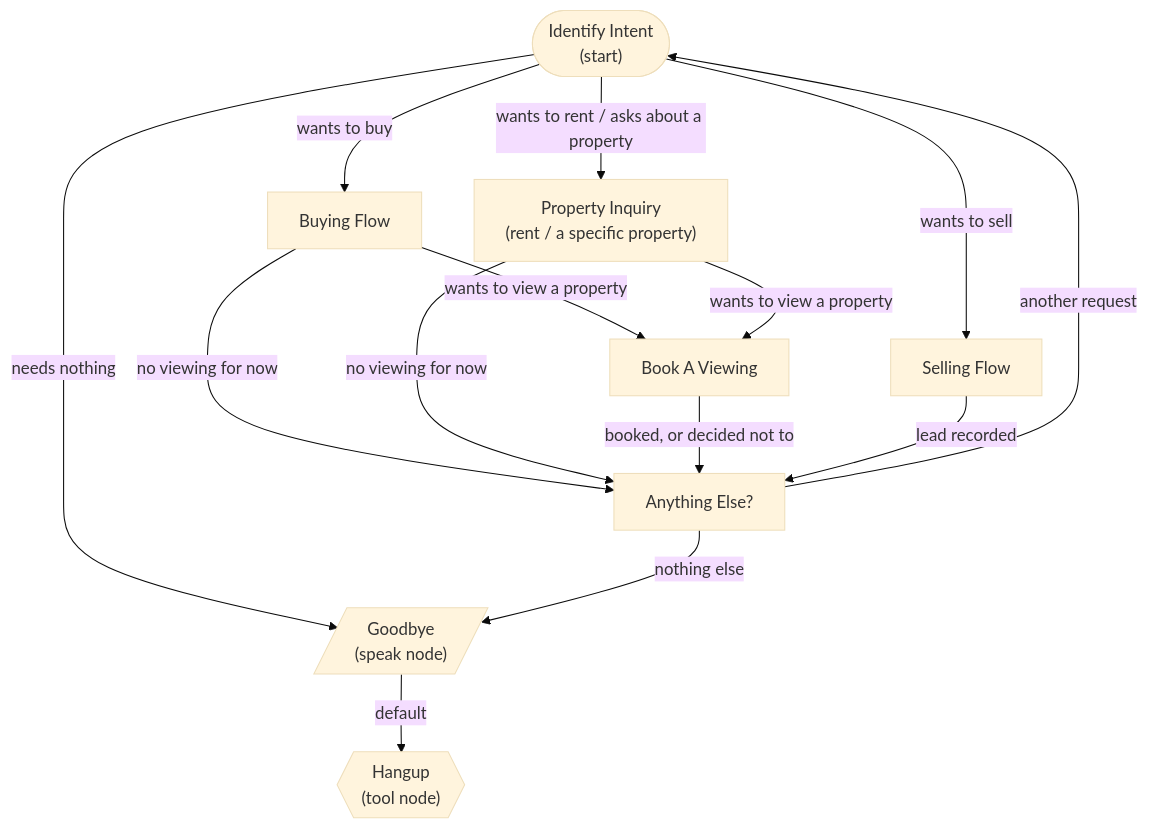
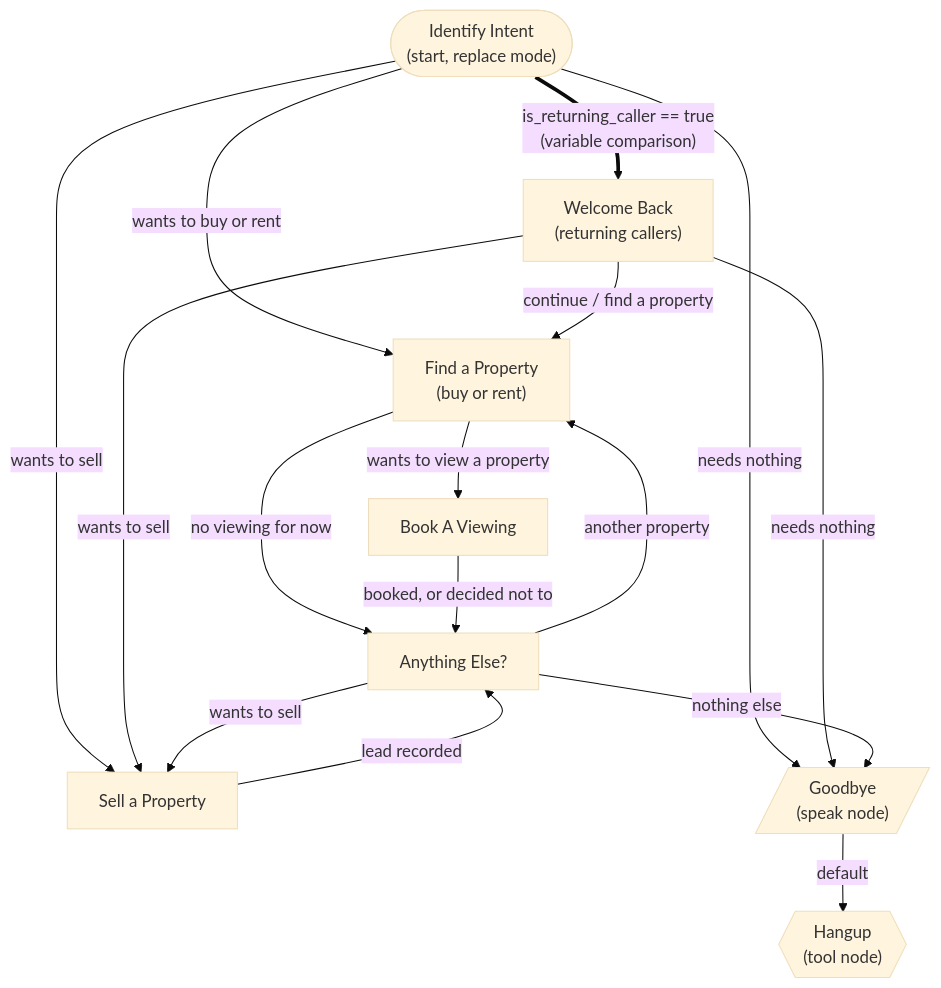
One commit to assoumaaa/telnyx-real-estate changed the third of 3 diagrams in README.md. Above: the diagram before and after it, drawn with Mermaid (base theme). The commit also changed other lines of this file, not shown here.

Commit message:
docs: README workflow diagram for the merged nodes and returning-caller routing

````diff
--- a/README.md
+++ b/README.md
@@ -97,25 +97,27 @@
 ```mermaid
 flowchart TD
-    start(["Identify Intent<br/>(start)"])
-    buy["Buying Flow"]
-    inquiry["Property Inquiry<br/>(rent / a specific property)"]
-    sell["Selling Flow"]
+    start(["Identify Intent<br/>(start, replace mode)"])
+    welcome["Welcome Back<br/>(returning callers)"]
+    find["Find a Property<br/>(buy or rent)"]
+    sell["Sell a Property"]
     book["Book A Viewing"]
     more["Anything Else?"]
     bye[/"Goodbye<br/>(speak node)"/]
     hang{{"Hangup<br/>(tool node)"}}
 
-    start -- "wants to buy" --> buy
-    start -- "wants to rent / asks about a property" --> inquiry
+    start == "is_returning_caller == true<br/>(variable comparison)" ==> welcome
+    start -- "wants to buy or rent" --> find
     start -- "wants to sell" --> sell
     start -- "needs nothing" --> bye
-    buy -- "wants to view a property" --> book
-    inquiry -- "wants to view a property" --> book
-    buy -- "no viewing for now" --> more
-    inquiry -- "no viewing for now" --> more
+    welcome -- "continue / find a property" --> find
+    welcome -- "wants to sell" --> sell
+    welcome -- "needs nothing" --> bye
+    find -- "wants to view a property" --> book
+    find -- "no viewing for now" --> more
     book -- "booked, or decided not to" --> more
     sell -- "lead recorded" --> more
-    more -- "another request" --> start
+    more -- "another property" --> find
+    more -- "wants to sell" --> sell
     more -- "nothing else" --> bye
     bye -- "default" --> hang
 ```
````
